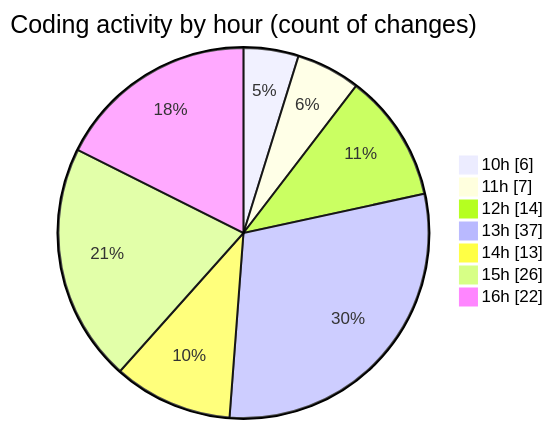
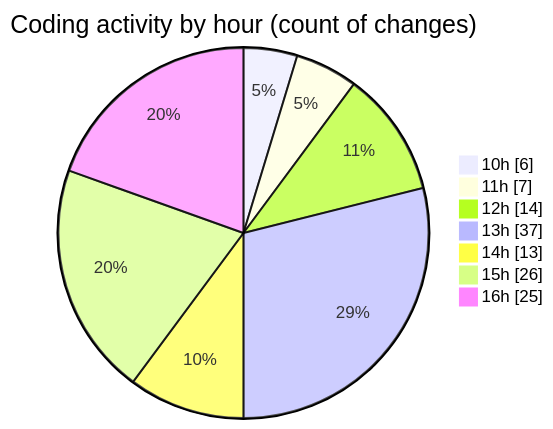
The second of 2 diagrams in 2025-06-23/cda/README.md (momahboobian/code-tracking), drawn with Mermaid before and after one commit. The commit also changed other lines of this file and 1 other file, not shown here.

````diff
--- a/2025-06-23/cda/README.md
+++ b/2025-06-23/cda/README.md
@@ -49,11 +50,11 @@
 ```mermaid
 pie showData
 title Coding activity by hour (count of changes)
 "10h" : 6
 "11h" : 7
 "12h" : 14
 "13h" : 37
 "14h" : 13
 "15h" : 26
-"16h" : 22
+"16h" : 25
 ```
````
